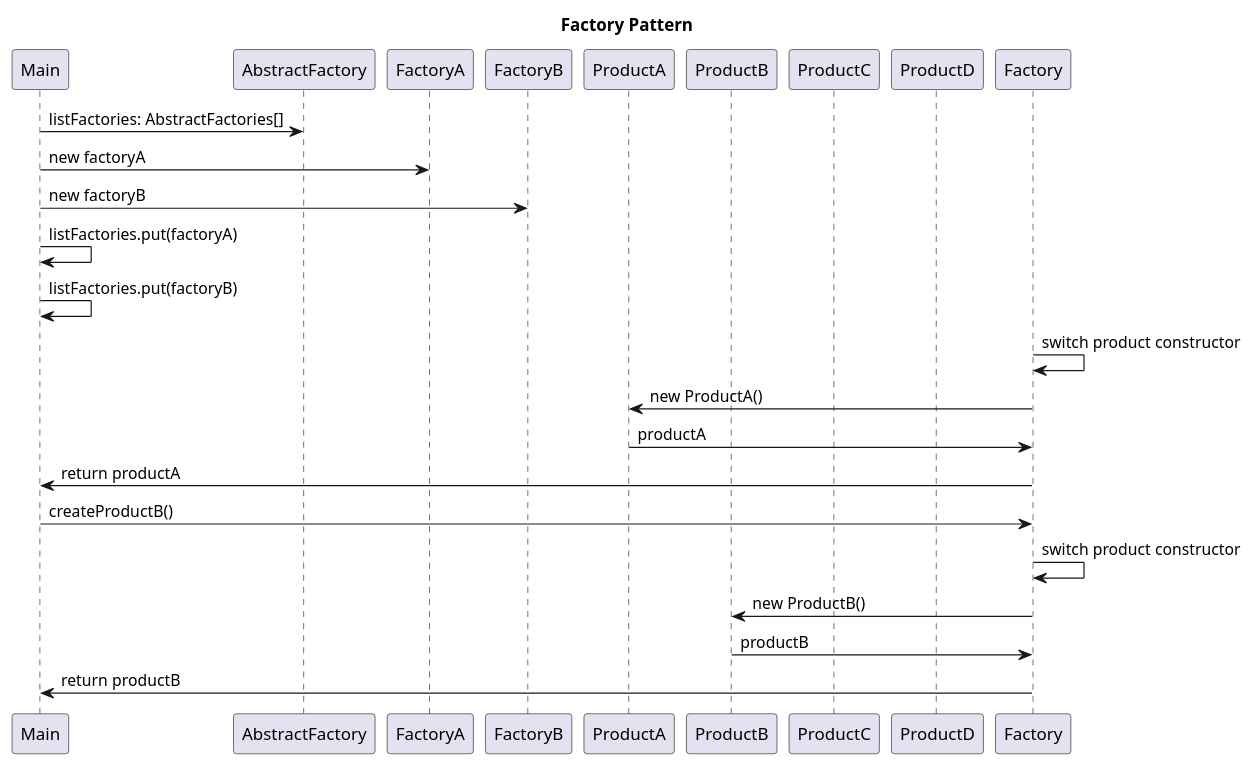
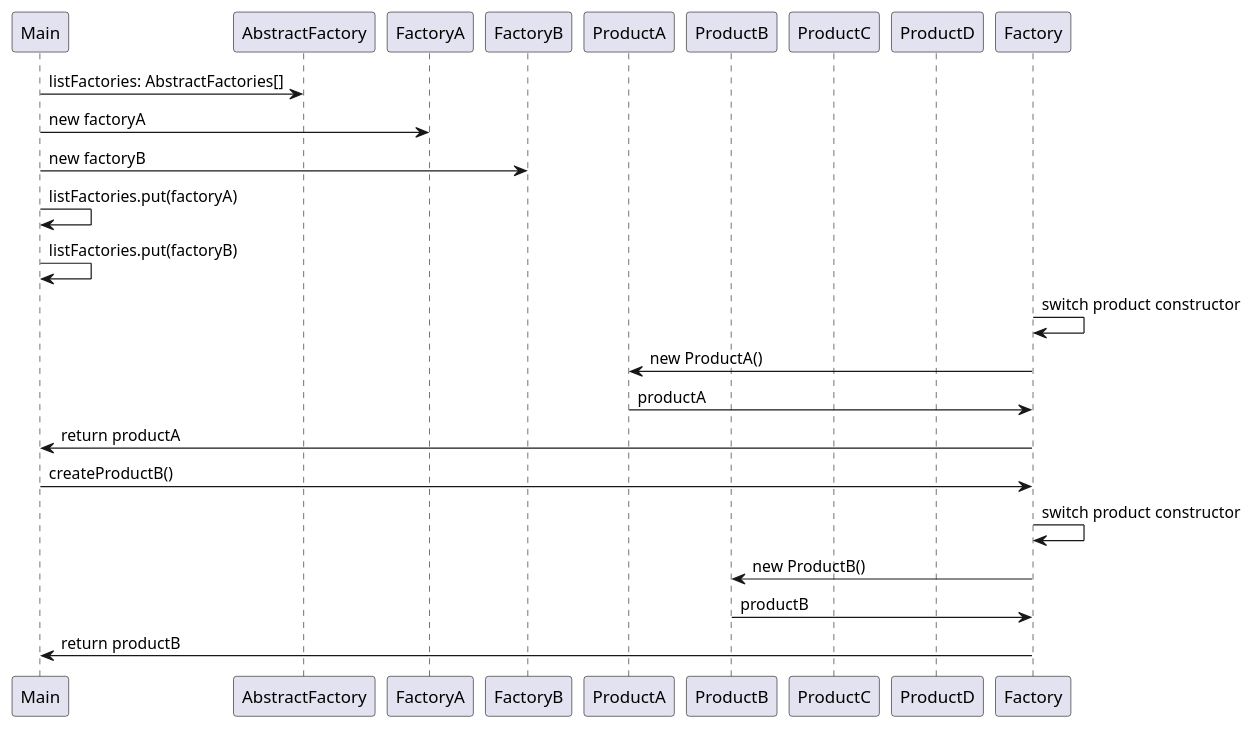
The diagram in diagrams/design/patterns/secuence/abstract_factory.puml (eromero-kreatech/clean-code), drawn with PlantUML before and after one commit. The commit also changed 5 other files, not shown here.

```diff
--- a/diagrams/design/patterns/secuence/abstract_factory.puml
+++ b/diagrams/design/patterns/secuence/abstract_factory.puml
@@ -1,35 +1,33 @@
-@startuml "Factory Pattern"
-
-title Factory Pattern
+@startuml "AbstractFactory Pattern"
 
 participant Main /'  '/
 
 participant AbstractFactory /'  '/
 participant FactoryA /'  '/
 participant FactoryB /'  '/
 
 participant ProductA /'  '/
 participant ProductB /'  '/
 
 
 participant ProductC /'  '/
 participant ProductD /'  '/
 
 
 Main -> AbstractFactory: listFactories: AbstractFactories[]
 Main -> FactoryA: new factoryA 
 Main -> FactoryB: new factoryB
 Main -> Main: listFactories.put(factoryA)
 Main -> Main: listFactories.put(factoryB)
 Factory -> Factory: switch product constructor
 Factory -> ProductA: new ProductA()
 ProductA -> Factory: productA
 Factory -> Main: return productA
 
 Main -> Factory: createProductB()
 Factory -> Factory: switch product constructor
 Factory -> ProductB: new ProductB()
 ProductB -> Factory: productB
 Factory -> Main: return productB
 
 @enduml
```
